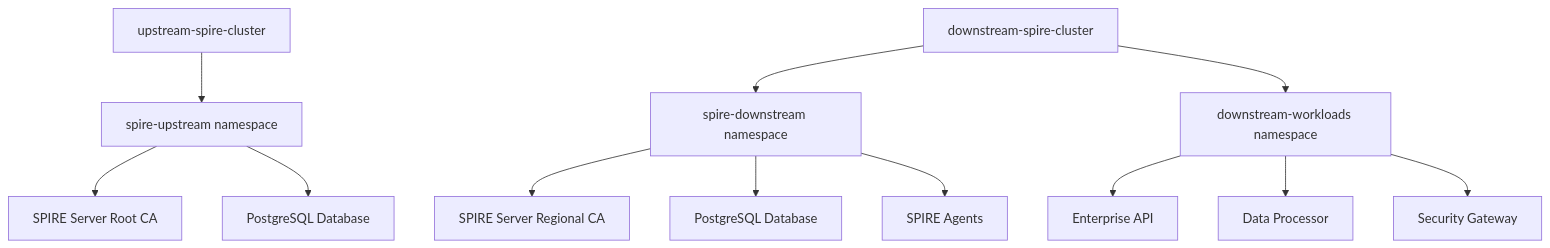
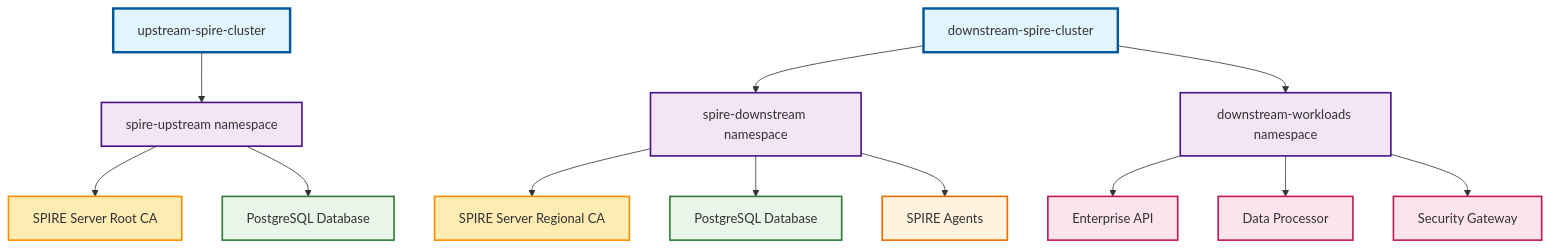
The second of 3 diagrams in docs-mkdocs/getting-started.md (jfiser247/spire-dev), drawn with Mermaid before and after one commit. The commit also changed other lines of this file and 8 other files, not shown here.

First line of the commit message:
Standardize all diagram formats and fix border alignment issues

````diff
--- a/docs-mkdocs/getting-started.md
+++ b/docs-mkdocs/getting-started.md
@@ -179,17 +191,32 @@
 ```mermaid
 graph TD
     A[upstream-spire-cluster] --> B[spire-upstream namespace]
     C[downstream-spire-cluster] --> D[spire-downstream namespace]
     C --> E[downstream-workloads namespace]
     
     B --> F[SPIRE Server Root CA]
     B --> G[PostgreSQL Database]
     
     D --> H[SPIRE Server Regional CA]
     D --> I[PostgreSQL Database]
     D --> J[SPIRE Agents]
     
     E --> K[Enterprise API]
     E --> L[Data Processor]
     E --> M[Security Gateway]
+    
+    %% Consistent styling
+    style A fill:#e1f5fe,stroke:#01579b,stroke-width:3px
+    style B fill:#f3e5f5,stroke:#4a148c,stroke-width:2px
+    style C fill:#e1f5fe,stroke:#01579b,stroke-width:3px
+    style D fill:#f3e5f5,stroke:#4a148c,stroke-width:2px
+    style E fill:#f3e5f5,stroke:#4a148c,stroke-width:2px
+    style F fill:#ffecb3,stroke:#ff8f00,stroke-width:2px
+    style G fill:#e8f5e8,stroke:#2e7d32,stroke-width:2px
+    style H fill:#ffecb3,stroke:#ff8f00,stroke-width:2px
+    style I fill:#e8f5e8,stroke:#2e7d32,stroke-width:2px
+    style J fill:#fff3e0,stroke:#ef6c00,stroke-width:2px
+    style K fill:#fce4ec,stroke:#c2185b,stroke-width:2px
+    style L fill:#fce4ec,stroke:#c2185b,stroke-width:2px
+    style M fill:#fce4ec,stroke:#c2185b,stroke-width:2px
 ```
````
